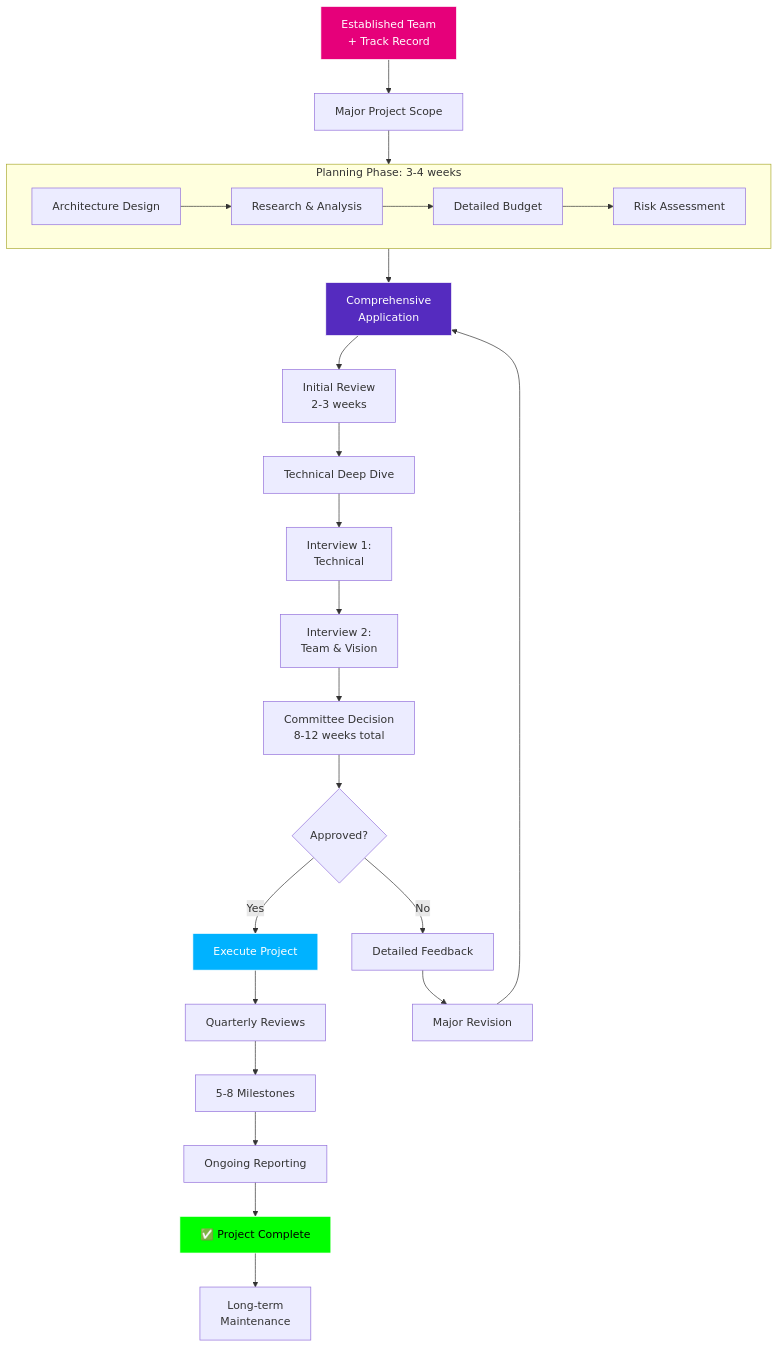
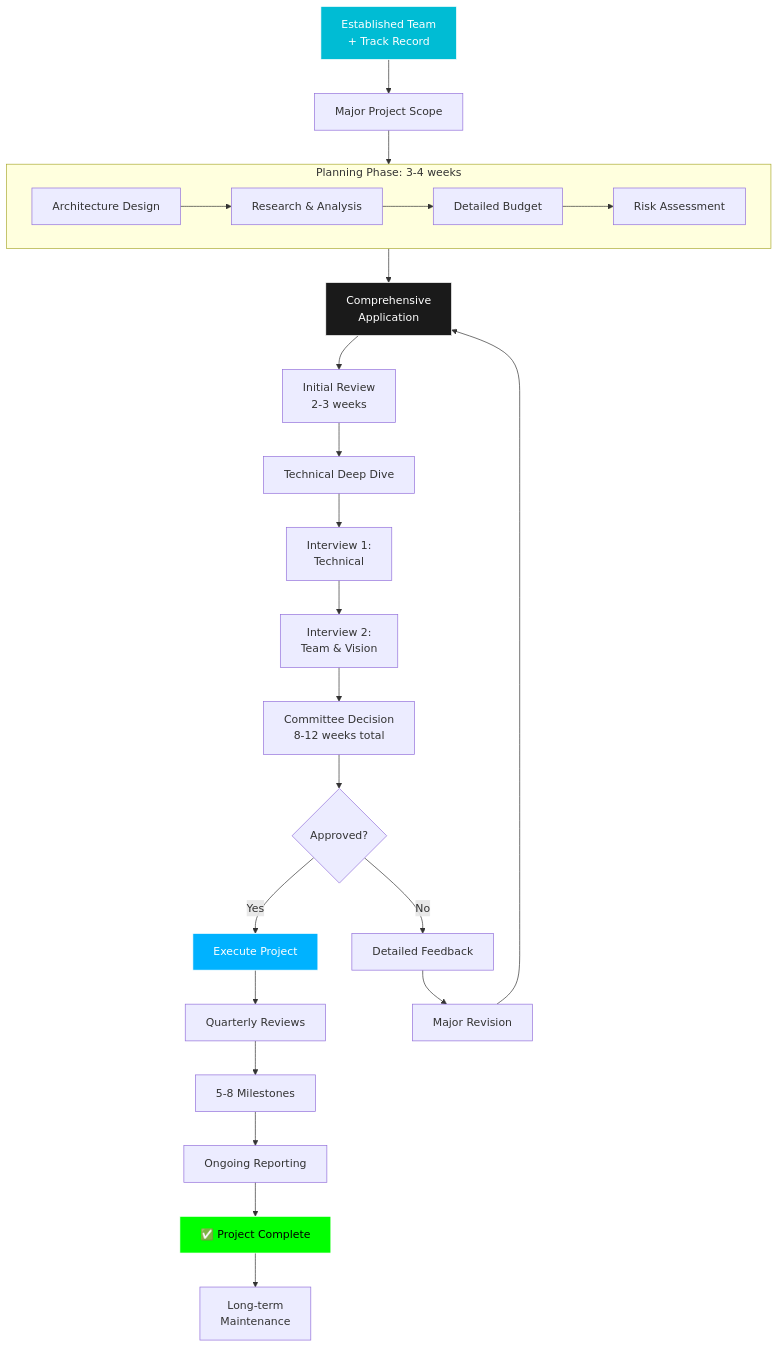
One commit to openguild-labs/polkadot-codecamp changed the sixth of 17 diagrams in slides/polkadot-grant-ecosystem.md. Above: the diagram before and after it, drawn with Mermaid. The commit also changed other lines of this file and 6 other files, not shown here.

````diff
--- a/slides/polkadot-grant-ecosystem.md
+++ b/slides/polkadot-grant-ecosystem.md
@@ -336,38 +336,38 @@
 ```mermaid
 graph TB
     ESTABLISH[Established Team<br/>+ Track Record] --> MAJOR[Major Project Scope]
 
     MAJOR --> PLANNING[Extensive Planning]
 
     subgraph PLANNING[Planning Phase: 3-4 weeks]
         ARCH[Architecture Design]
         RESEARCH[Research & Analysis]
         BUDGET[Detailed Budget]
         RISK[Risk Assessment]
         ARCH --> RESEARCH --> BUDGET --> RISK
     end
 
     PLANNING --> APP[Comprehensive<br/>Application]
     APP --> INIT[Initial Review<br/>2-3 weeks]
     INIT --> TECH[Technical Deep Dive]
     TECH --> INT1[Interview 1:<br/>Technical]
     INT1 --> INT2[Interview 2:<br/>Team & Vision]
     INT2 --> COMMITTEE[Committee Decision<br/>8-12 weeks total]
 
     COMMITTEE --> APPROVED{Approved?}
     APPROVED -->|Yes| EXECUTE[Execute Project]
     APPROVED -->|No| FEEDBACK[Detailed Feedback]
     FEEDBACK --> REVISE[Major Revision]
     REVISE --> APP
 
     EXECUTE --> QUARTERLY[Quarterly Reviews]
     QUARTERLY --> MILESTONES[5-8 Milestones]
     MILESTONES --> REPORT[Ongoing Reporting]
     REPORT --> SUCCESS[✅ Project Complete]
     SUCCESS --> MAINTAIN[Long-term<br/>Maintenance]
 
-    style ESTABLISH fill:#E6007A,stroke:#fff,color:#fff
-    style APP fill:#552BBF,stroke:#fff,color:#fff
+    style ESTABLISH fill:#00BCD4,stroke:#fff,color:#fff
+    style APP fill:#1a1a1a,stroke:#fff,color:#fff
     style EXECUTE fill:#00B2FF,stroke:#fff,color:#fff
     style SUCCESS fill:#00ff00,stroke:#fff,color:#000
 ```
````
